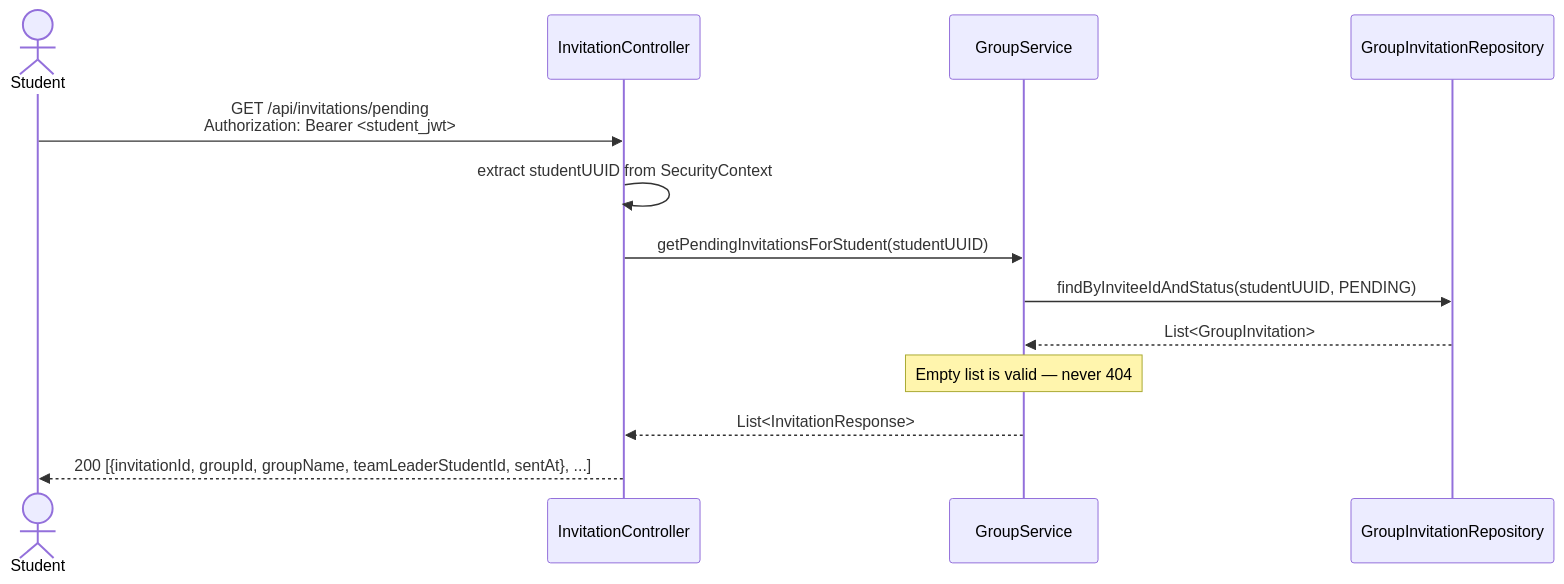
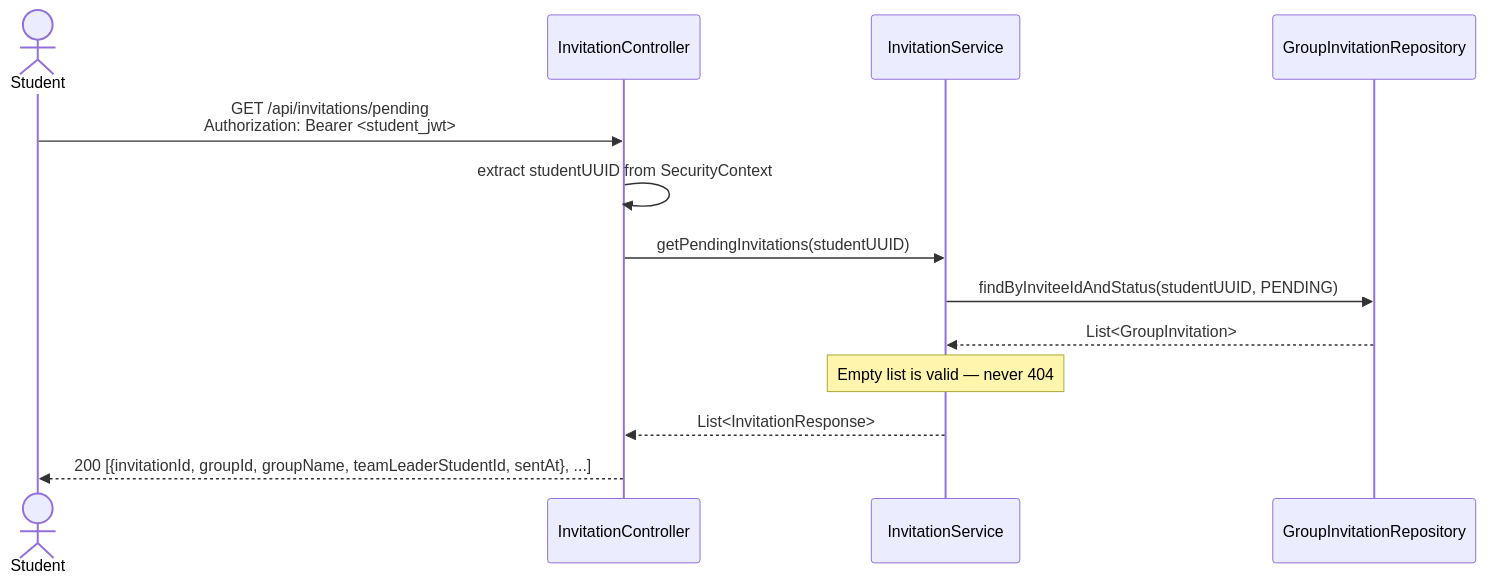
Before and after one commit to SE3318-Spring-2025-2026/senior-app-6: the first of 3 diagrams in docs/process2/sequences/2.3_invitation_respond_p2.md, drawn with Mermaid. The commit also changed other lines of this file and 13 other files, not shown here.

````diff
--- a/docs/process2/sequences/2.3_invitation_respond_p2.md
+++ b/docs/process2/sequences/2.3_invitation_respond_p2.md
@@ -13,20 +14,20 @@
 ```mermaid
 sequenceDiagram
     actor Student
     participant InvitationController
-    participant GroupService
+    participant InvitationService
     participant GroupInvitationRepository
 
     Student->>InvitationController: GET /api/invitations/pending<br/>Authorization: Bearer <student_jwt>
 
     InvitationController->>InvitationController: extract studentUUID from SecurityContext
 
-    InvitationController->>GroupService: getPendingInvitationsForStudent(studentUUID)
+    InvitationController->>InvitationService: getPendingInvitations(studentUUID)
 
-    GroupService->>GroupInvitationRepository: findByInviteeIdAndStatus(studentUUID, PENDING)
-    GroupInvitationRepository-->>GroupService: List<GroupInvitation>
+    InvitationService->>GroupInvitationRepository: findByInviteeIdAndStatus(studentUUID, PENDING)
+    GroupInvitationRepository-->>InvitationService: List<GroupInvitation>
 
-    Note over GroupService: Empty list is valid — never 404
-    GroupService-->>InvitationController: List<InvitationResponse>
+    Note over InvitationService: Empty list is valid — never 404
+    InvitationService-->>InvitationController: List<InvitationResponse>
     InvitationController-->>Student: 200 [{invitationId, groupId, groupName, teamLeaderStudentId, sentAt}, ...]
 ```
````
